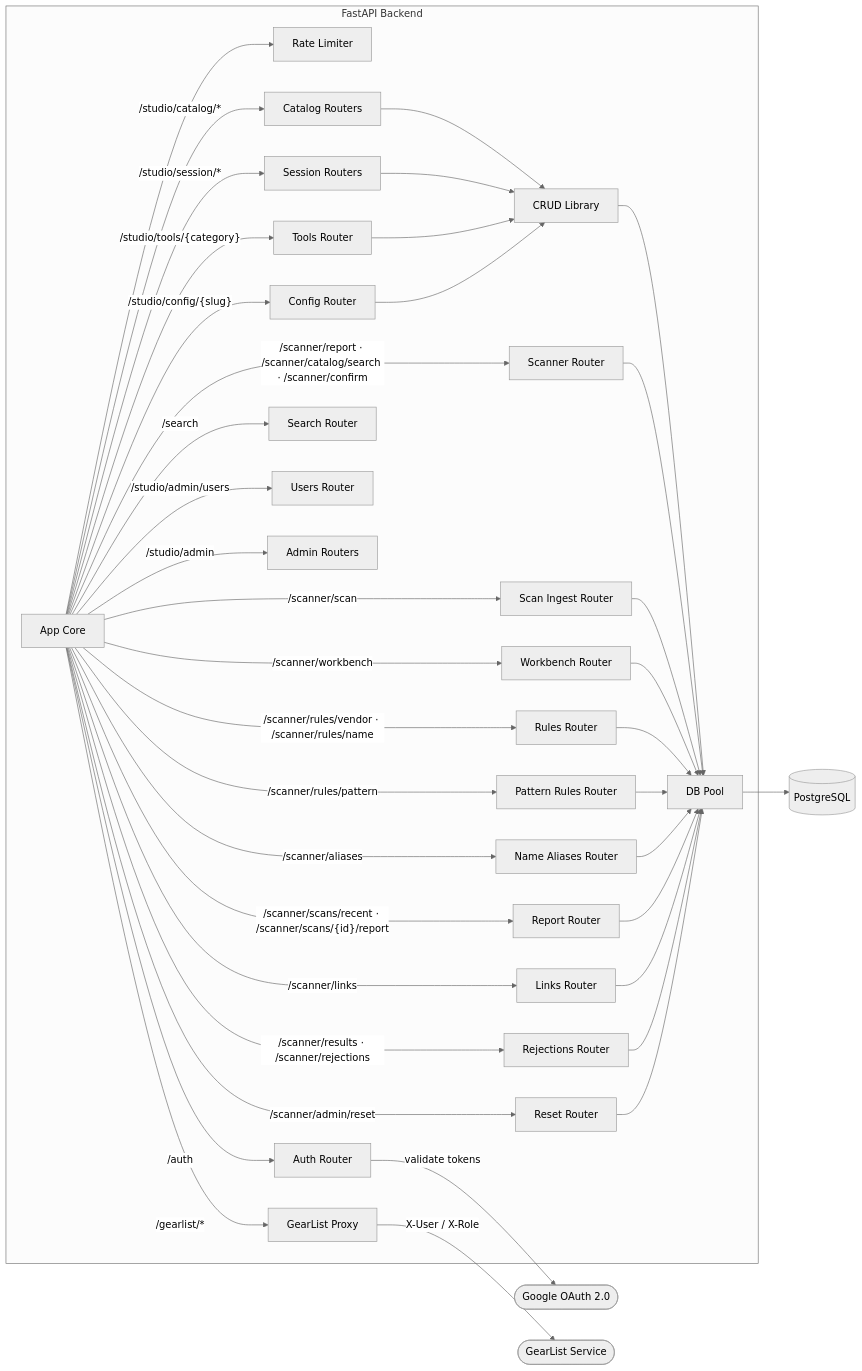
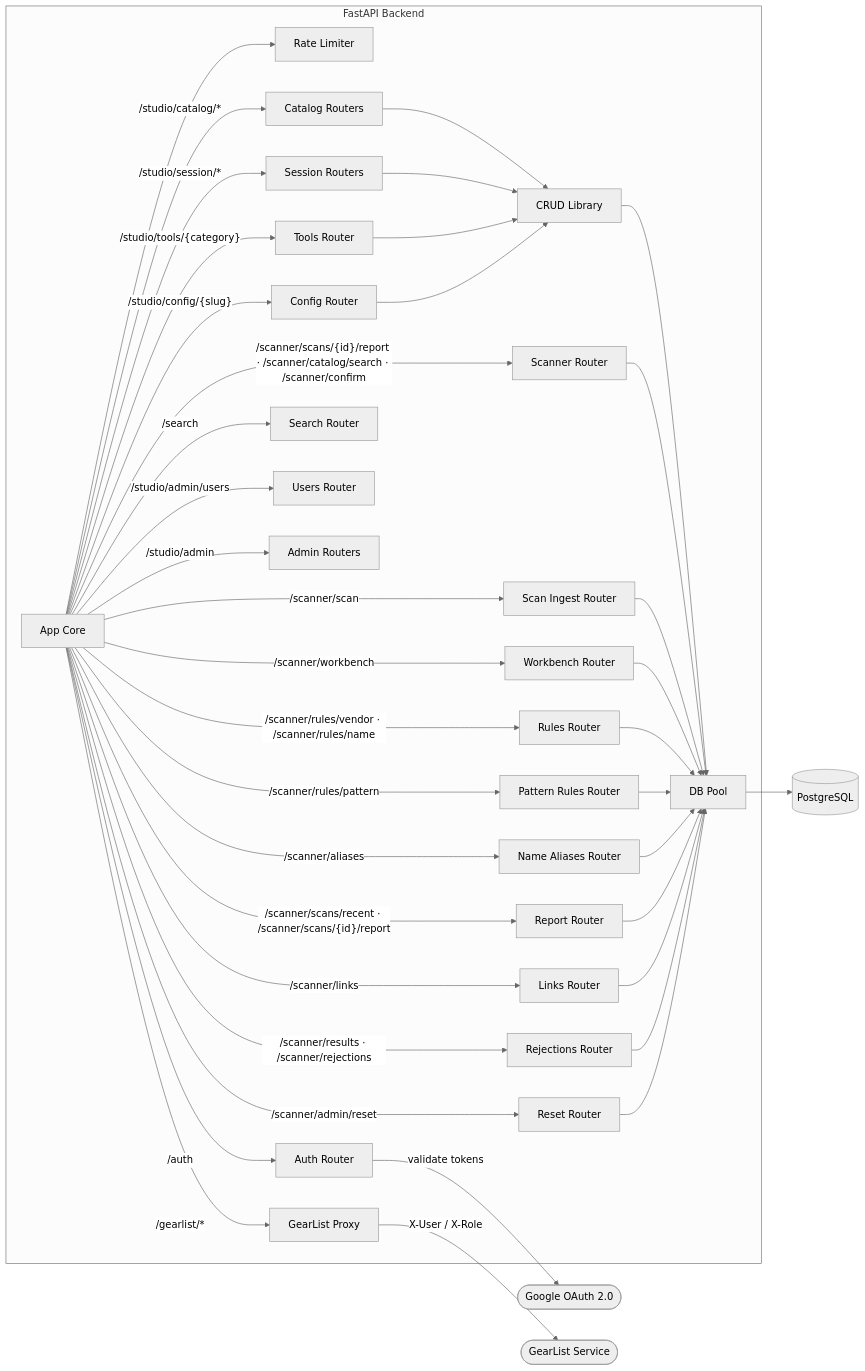
The diagram in docs/arch/diagrams/l3-backend.md (edtbl76/stud.io), drawn with Mermaid (neutral theme) before and after one commit. The commit also changed 34 other files, not shown here.

Commit message:
Refactor scanner schema and logic for simplicity and clarity (#115)

````diff
--- a/docs/arch/diagrams/l3-backend.md
+++ b/docs/arch/diagrams/l3-backend.md
@@ -5,71 +5,71 @@
 ```mermaid
 graph LR
     subgraph backend ["FastAPI Backend"]
         appcore["App Core"]
         limiter["Rate Limiter"]
         authrouter["Auth Router"]
         catalogrouters["Catalog Routers"]
         sessionrouters["Session Routers"]
         toolsrouter["Tools Router"]
         configrouter["Config Router"]
         searchrouter["Search Router"]
         usersrouter["Users Router"]
         adminrouters["Admin Routers"]
         gearlistrouter["GearList Proxy"]
         scannerrouter["Scanner Router"]
         ingestrouter["Scan Ingest Router"]
         patternrulesrouter["Pattern Rules Router"]
         aliasrouter["Name Aliases Router"]
         workbenchrouter["Workbench Router"]
         rulesrouter["Rules Router"]
         reportrouter["Report Router"]
         linksrouter["Links Router"]
         rejectionsrouter["Rejections Router"]
         resetrouter["Reset Router"]
         crudlib["CRUD Library"]
         dbpool["DB Pool"]
     end
 
     db[("PostgreSQL")]
     google(["Google OAuth 2.0"])
     gearlist(["GearList Service"])
 
     appcore --> limiter
     appcore -->|"/auth"| authrouter
     appcore -->|"/studio/catalog/*"| catalogrouters
     appcore -->|"/studio/session/*"| sessionrouters
     appcore -->|"/studio/tools/{category}"| toolsrouter
     appcore -->|"/studio/config/{slug}"| configrouter
     appcore -->|"/search"| searchrouter
     appcore -->|"/studio/admin/users"| usersrouter
     appcore -->|"/studio/admin"| adminrouters
     appcore -->|"/gearlist/*"| gearlistrouter
-    appcore -->|"/scanner/report · /scanner/catalog/search · /scanner/confirm"| scannerrouter
+    appcore -->|"/scanner/scans/{id}/report · /scanner/catalog/search · /scanner/confirm"| scannerrouter
     appcore -->|"/scanner/scan"| ingestrouter
     appcore -->|"/scanner/workbench"| workbenchrouter
     appcore -->|"/scanner/rules/vendor · /scanner/rules/name"| rulesrouter
     appcore -->|"/scanner/rules/pattern"| patternrulesrouter
     appcore -->|"/scanner/aliases"| aliasrouter
     appcore -->|"/scanner/scans/recent · /scanner/scans/{id}/report"| reportrouter
     appcore -->|"/scanner/links"| linksrouter
     appcore -->|"/scanner/results · /scanner/rejections"| rejectionsrouter
     appcore -->|"/scanner/admin/reset"| resetrouter
     catalogrouters --> crudlib
     sessionrouters --> crudlib
     toolsrouter --> crudlib
     configrouter --> crudlib
     crudlib --> dbpool
     scannerrouter --> dbpool
     ingestrouter --> dbpool
     workbenchrouter --> dbpool
     rulesrouter --> dbpool
     patternrulesrouter --> dbpool
     aliasrouter --> dbpool
     reportrouter --> dbpool
     linksrouter --> dbpool
     rejectionsrouter --> dbpool
     resetrouter --> dbpool
     dbpool --> db
     authrouter -->|"validate tokens"| google
     gearlistrouter -->|"X-User / X-Role"| gearlist
 ```
````
